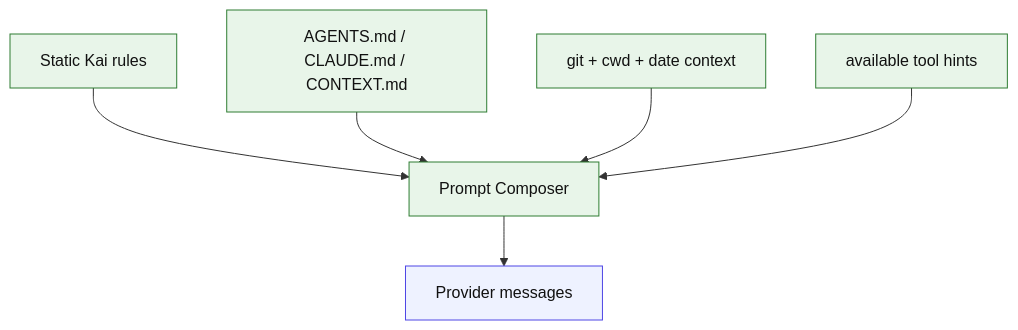
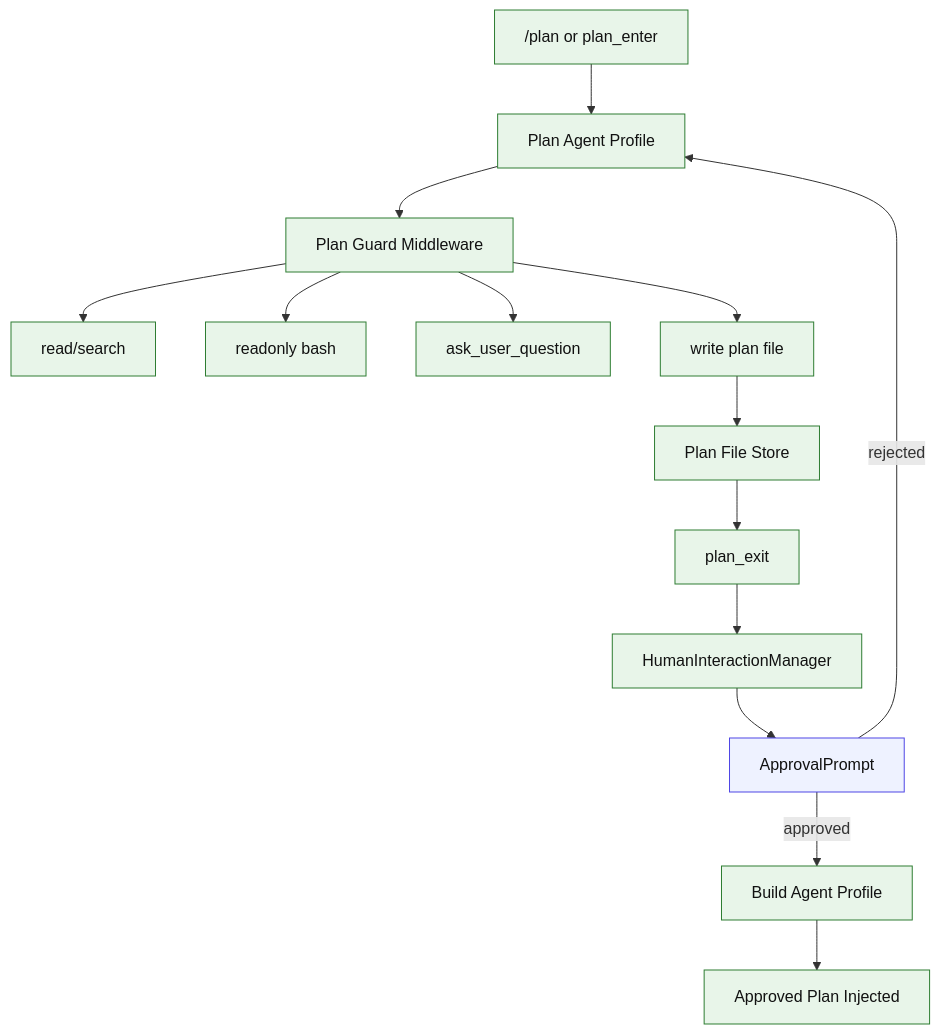
The diagram in code-agent-roadmap/architecture/diagrams/stage-05.md (1330482928/kai-code-agent), drawn with Mermaid before and after one commit. The commit also changed 41 other files, not shown here.

Commit message:
docs(roadmap): refresh staged agent roadmap

````diff
--- a/code-agent-roadmap/architecture/diagrams/stage-05.md
+++ b/code-agent-roadmap/architecture/diagrams/stage-05.md
@@ -3,13 +3,21 @@
 ```mermaid
 flowchart TB
-  Static["Static Kai rules"] --> PC["Prompt Composer"]
-  Project["AGENTS.md / CLAUDE.md / CONTEXT.md"] --> PC
-  Git["git + cwd + date context"] --> PC
-  SkillsHint["available tool hints"] --> PC
-  PC --> ProviderInput["Provider messages"]
+  Enter["/plan or plan_enter"] --> Plan["Plan Agent Profile"]
+  Plan --> Guard["Plan Guard Middleware"]
+  Guard --> Read["read/search"]
+  Guard --> Bash["readonly bash"]
+  Guard --> Ask["ask_user_question"]
+  Guard --> WritePlan["write plan file"]
+  WritePlan --> Store["Plan File Store"]
+  Store --> Exit["plan_exit"]
+  Exit --> Manager["HumanInteractionManager"]
+  Manager --> Approval["ApprovalPrompt"]
+  Approval -->|approved| Build["Build Agent Profile"]
+  Approval -->|rejected| Plan
+  Build --> Context["Approved Plan Injected"]
 
   classDef existing fill:#eef2ff,stroke:#4f46e5,color:#111;
   classDef new fill:#e8f5e9,stroke:#2e7d32,color:#111;
-  class ProviderInput existing;
-  class Static,Project,Git,SkillsHint,PC new;
+  class Approval existing;
+  class Enter,Plan,Guard,Read,Bash,Ask,WritePlan,Store,Exit,Manager,Build,Context new;
 ```
````
